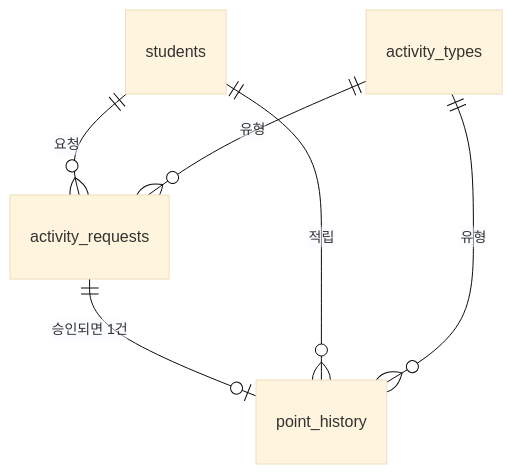
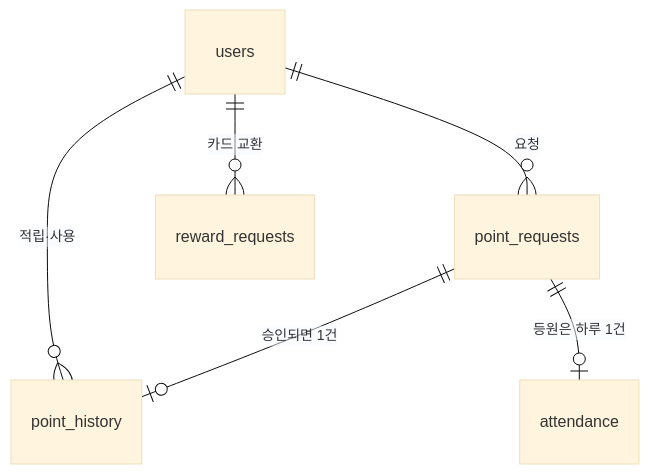
One commit to LeeMyungbin/study-p changed the diagram in README.md. Above: the diagram before and after it, drawn with Mermaid (base theme). The commit also changed other lines of this file and 6 other files, not shown here.

First line of the commit message:
Align MySQL schema with the live D1 tables

````diff
--- a/README.md
+++ b/README.md
@@ -39,8 +39,8 @@
 ```mermaid
 erDiagram
-    students ||--o{ activity_requests : "요청"
-    activity_types ||--o{ activity_requests : "유형"
-    activity_requests ||--o| point_history : "승인되면 1건"
-    students ||--o{ point_history : "적립"
-    activity_types ||--o{ point_history : "유형"
+    users ||--o{ point_requests : "요청"
+    point_requests ||--o| point_history : "승인되면 1건"
+    users ||--o{ point_history : "적립·사용"
+    users ||--o{ reward_requests : "카드 교환"
+    point_requests ||--o| attendance : "등원은 하루 1건"
 ```
````
